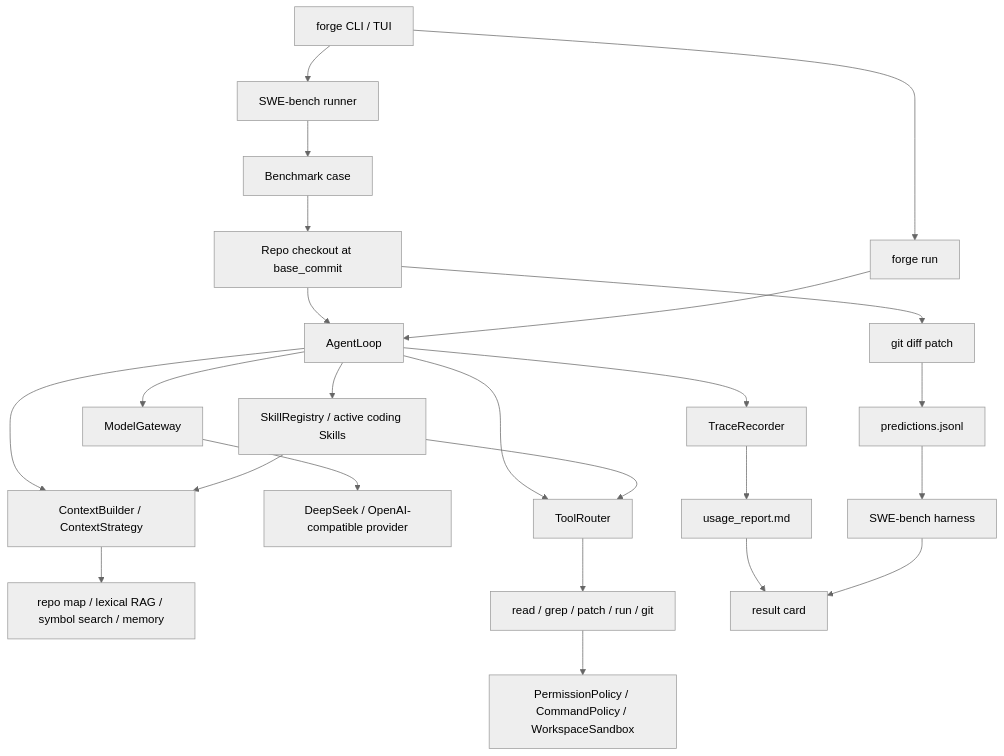
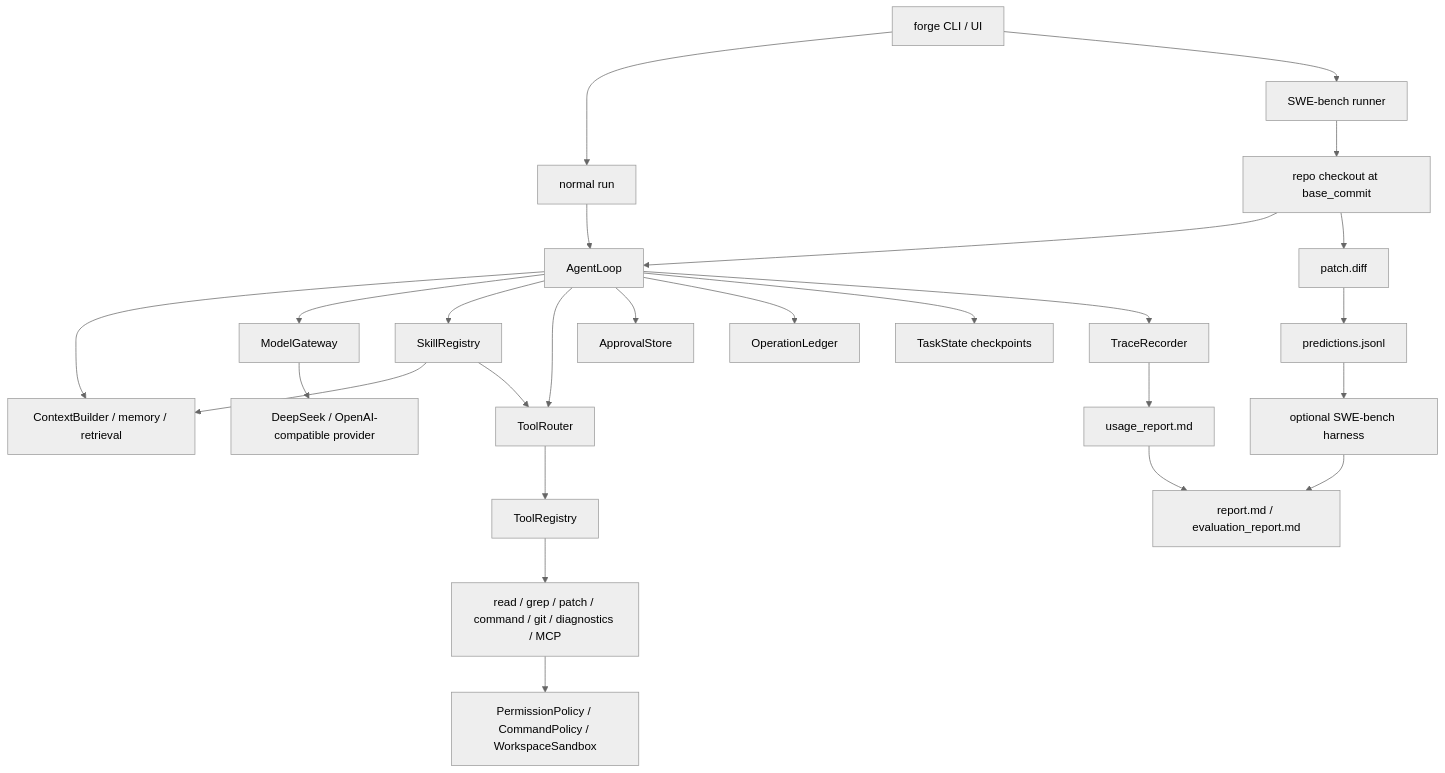
One commit to semi-hollow/NanoHarness changed the diagram in README.md. Above: the diagram before and after it, drawn with Mermaid (neutral theme). The commit also changed other lines of this file and 4 other files, not shown here.

````diff
--- a/README.md
+++ b/README.md
@@ -336,26 +143,28 @@
 ```mermaid
 flowchart TD
-    CLI["forge CLI / TUI"] --> Bench["SWE-bench runner"]
-    Bench --> Case["Benchmark case"]
-    Case --> Checkout["Repo checkout at base_commit"]
-    CLI --> Run["forge run"]
-    Checkout --> Loop["AgentLoop"]
-    Run --> Loop
-    Loop --> Context["ContextBuilder / ContextStrategy"]
-    Context --> Retrieval["repo map / lexical RAG / symbol search / memory"]
+    CLI["forge CLI / UI"] --> Run["normal run"]
+    CLI --> Bench["SWE-bench runner"]
+    Bench --> Checkout["repo checkout at base_commit"]
+    Run --> Loop["AgentLoop"]
+    Checkout --> Loop
+    Loop --> Context["ContextBuilder / memory / retrieval"]
     Loop --> Gateway["ModelGateway"]
     Gateway --> LLM["DeepSeek / OpenAI-compatible provider"]
-    Loop --> Skills["SkillRegistry / active coding Skills"]
+    Loop --> Skills["SkillRegistry"]
     Loop --> Router["ToolRouter"]
+    Skills --> Context
     Skills --> Router
-    Skills --> Context
-    Router --> Tools["read / grep / patch / run / git"]
+    Router --> Registry["ToolRegistry"]
+    Registry --> Tools["read / grep / patch / command / git / diagnostics / MCP"]
     Tools --> Safety["PermissionPolicy / CommandPolicy / WorkspaceSandbox"]
+    Loop --> Approval["ApprovalStore"]
+    Loop --> Ledger["OperationLedger"]
+    Loop --> State["TaskState checkpoints"]
     Loop --> Trace["TraceRecorder"]
     Trace --> Usage["usage_report.md"]
-    Checkout --> Patch["git diff patch"]
+    Checkout --> Patch["patch.diff"]
     Patch --> Predictions["predictions.jsonl"]
-    Predictions --> Eval["SWE-bench harness"]
-    Usage --> Report["result card"]
-    Eval --> Report
+    Predictions --> Official["optional SWE-bench harness"]
+    Usage --> Report["report.md / evaluation_report.md"]
+    Official --> Report
 ```
````
